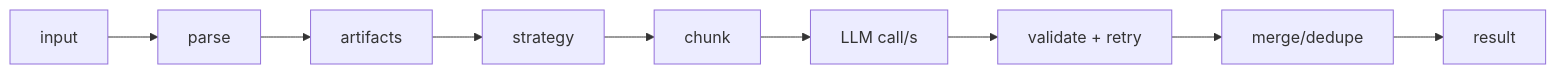
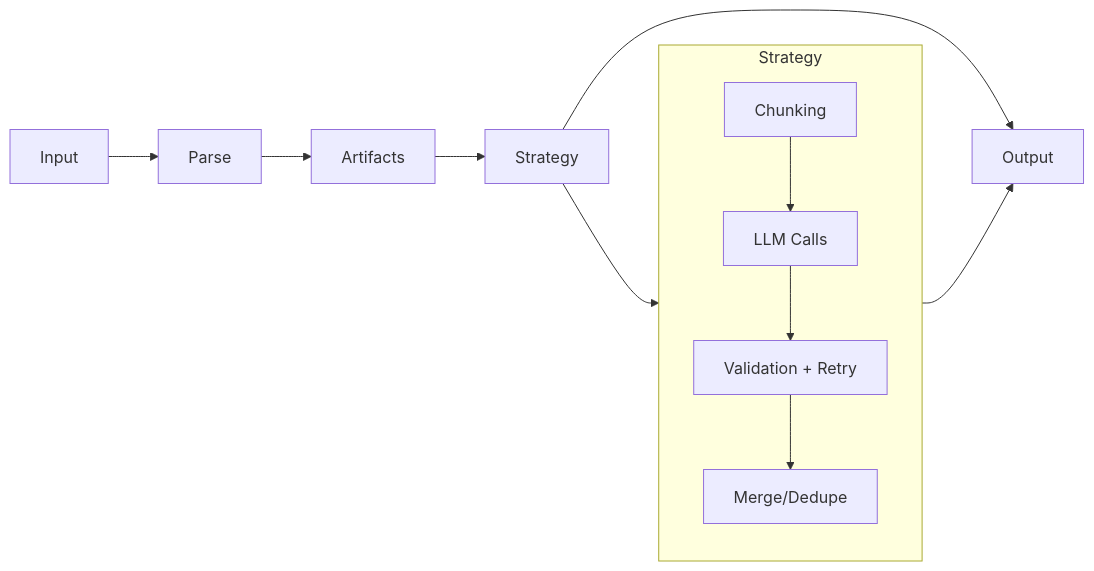
The diagram in README.md (mateffy/struktur), drawn with Mermaid before and after one commit. The commit also changed other lines of this file and 378 other files, not shown here.

````diff
--- a/README.md
+++ b/README.md
@@ -190,11 +190,16 @@
 ```mermaid
-graph LR
-    A[input] --> B[parse]
-    B --> C[artifacts]
-    C --> D[strategy]
-    D --> E[chunk]
-    E --> F[LLM call/s]
-    F --> G[validate + retry]
-    G --> H[merge/dedupe]
-    H --> I[result]
+flowchart LR
+    A[Input] --> B[Parse]
+    B --> C[Artifacts]
+    C --> D[Strategy]
+    D --> E[Output]
+    
+    subgraph StrategyInternals [Strategy]
+        direction TB
+        D1[Chunking] --> D2[LLM Calls]
+        D2 --> D3[Validation + Retry]
+        D3 --> D4[Merge/Dedupe]
+    end
+    
+    D --> StrategyInternals --> E
 ```
````
